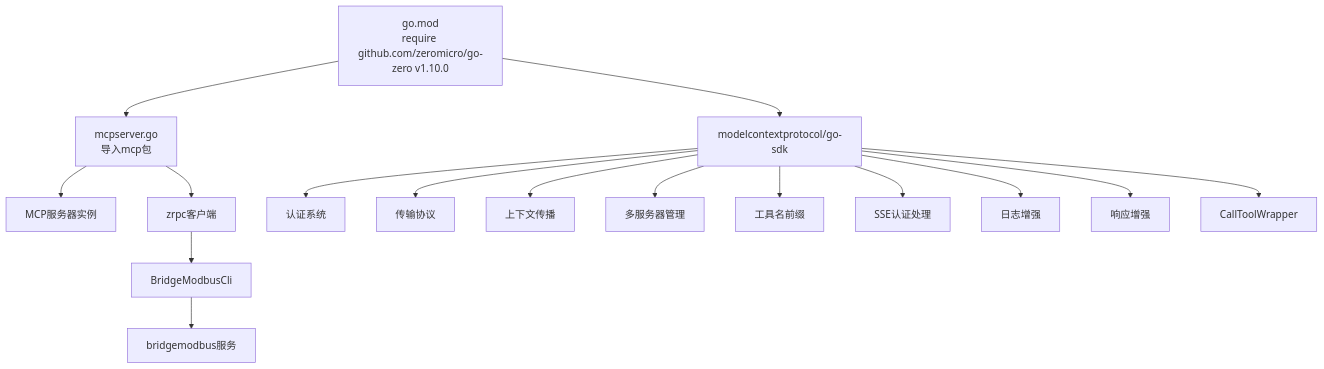
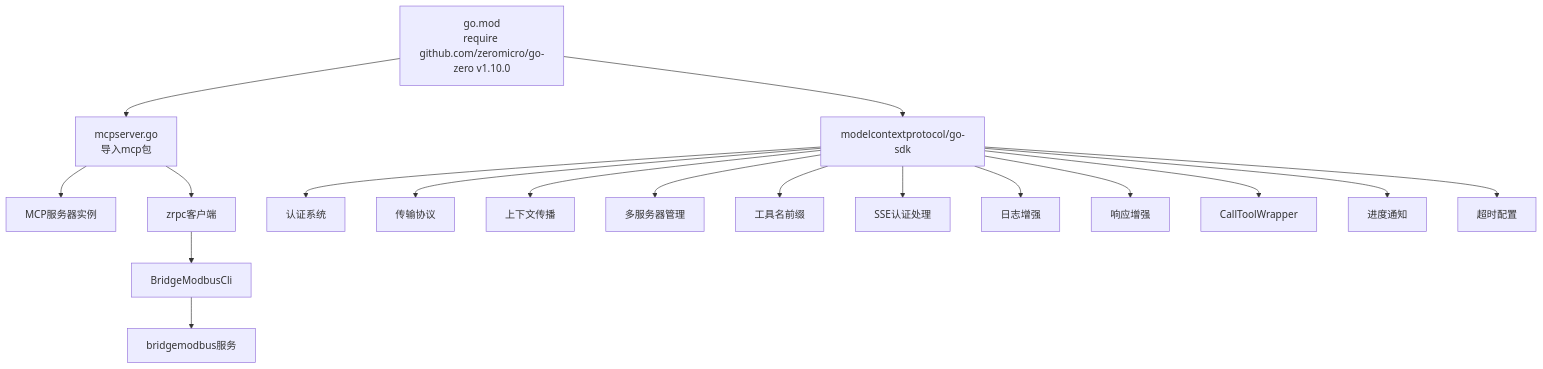
One commit to maomao94/zero-service changed diagram 18 of 18 in .qoder/repowiki/zh/content/AI应用模块/MCP服务器.md. Above: the diagram before and after it, drawn with Mermaid. The commit also changed other lines of this file and 42 other files, not shown here.

````diff
--- a/.qoder/repowiki/zh/content/AI应用模块/MCP服务器.md
+++ b/.qoder/repowiki/zh/content/AI应用模块/MCP服务器.md
@@ -786,18 +897,20 @@
 ```mermaid
 graph TB
 M["go.mod<br/>require github.com/zeromicro/go-zero v1.10.0"] --> P["mcpserver.go<br/>导入mcp包"]
 P --> S["MCP服务器实例"]
 P --> Z["zrpc客户端"]
 Z --> B["BridgeModbusCli"]
 B --> BM["bridgemodbus服务"]
 M --> SDK["modelcontextprotocol/go-sdk"]
 SDK --> AUTH["认证系统"]
 SDK --> STREAM["传输协议"]
 SDK --> CTX["上下文传播"]
 SDK --> MSERVER["多服务器管理"]
 SDK --> PREFIX["工具名前缀"]
 SDK --> SSEAUTH["SSE认证处理"]
 SDK --> LOGENHANCE["日志增强"]
 SDK --> RESPONSE["响应增强"]
 SDK --> WRAPPER["CallToolWrapper"]
+SDK --> PROGRESS["进度通知"]
+SDK --> TIMEOUT["超时配置"]
 ```
````
